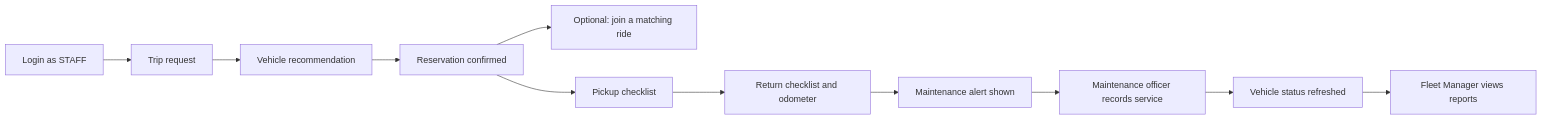
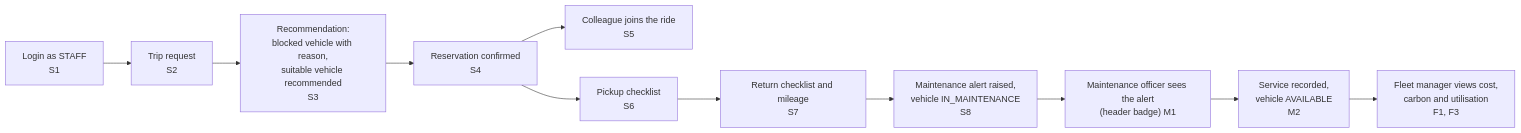
One commit to denizalponiki/Fleet-Tracking-System changed the first of 5 diagrams in docs/ui_ux_flow_and_dashboard.md. Above: the diagram before and after it, drawn with Mermaid. The commit also changed other lines of this file, not shown here.

Commit message:
docs(frontend): add Figma prototypes, user flows and prototype accessibility check (#255)

````diff
--- a/docs/ui_ux_flow_and_dashboard.md
+++ b/docs/ui_ux_flow_and_dashboard.md
@@ -52,13 +53,13 @@
 ```mermaid
 flowchart LR
-    A[Login as STAFF] --> B[Trip request]
-    B --> C[Vehicle recommendation]
-    C --> D[Reservation confirmed]
-    D --> E[Optional: join a matching ride]
-    D --> F[Pickup checklist]
-    F --> G[Return checklist and odometer]
-    G --> H[Maintenance alert shown]
-    H --> I[Maintenance officer records service]
-    I --> J[Vehicle status refreshed]
-    J --> K[Fleet Manager views reports]
+    A["Login as STAFF<br/>S1"] --> B["Trip request<br/>S2"]
+    B --> C["Recommendation:<br/>blocked vehicle with reason,<br/>suitable vehicle recommended<br/>S3"]
+    C --> D["Reservation confirmed<br/>S4"]
+    D --> E["Colleague joins the ride<br/>S5"]
+    D --> F["Pickup checklist<br/>S6"]
+    F --> G["Return checklist and mileage<br/>S7"]
+    G --> H["Maintenance alert raised,<br/>vehicle IN_MAINTENANCE<br/>S8"]
+    H --> I["Maintenance officer sees the alert<br/>(header badge) M1"]
+    I --> J["Service recorded,<br/>vehicle AVAILABLE<br/>M2"]
+    J --> K["Fleet manager views cost,<br/>carbon and utilisation<br/>F1, F3"]
 ```
````
